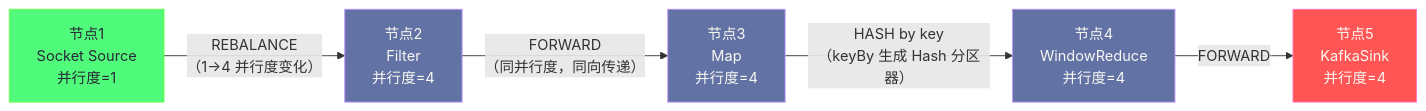
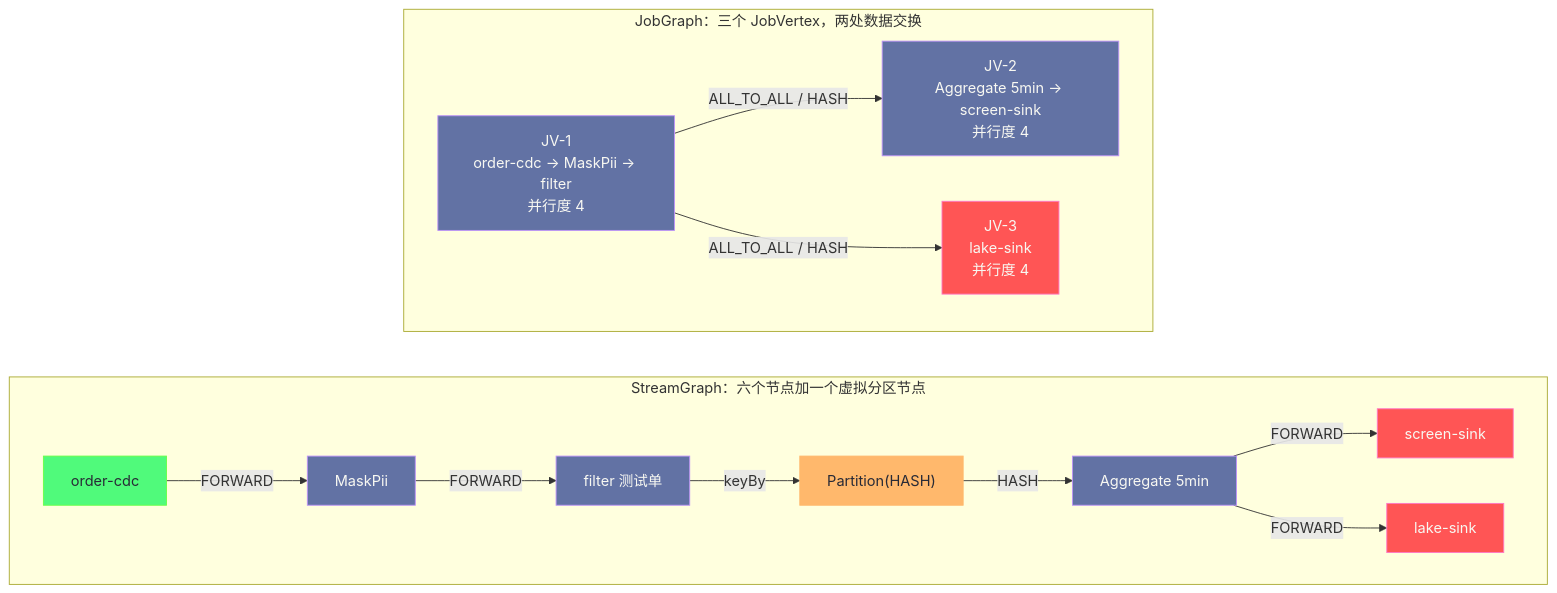
Before and after one commit to hpliStartAgain/my-brain: the second of 5 diagrams in content/大数据/Flink/Flink原理深度解析与性能优化/02 从 StreamGraph 到 JobGraph 再到 ExecutionGraph.md, drawn with Mermaid. The commit also changed other lines of this file and 455 other files, not shown here.

````diff
--- a/content/大数据/Flink/Flink原理深度解析与性能优化/02 从 StreamGraph 到 JobGraph 再到 ExecutionGraph.md
+++ b/content/大数据/Flink/Flink原理深度解析与性能优化/02 从 StreamGraph 到 JobGraph 再到 ExecutionGraph.md
@@ -79,18 +191,32 @@
 ```mermaid
 %%{init: {'theme': 'dracula'}}%%
 graph LR
-    classDef source fill:#50fa7b,stroke:#69ff47,color:#282a36
-    classDef transform fill:#6272a4,stroke:#bd93f9,color:#f8f8f2
-    classDef sink fill:#ff5555,stroke:#ff79c6,color:#f8f8f2
+    classDef src fill:#50fa7b,stroke:#69ff47,color:#282a36
+    classDef op fill:#6272a4,stroke:#bd93f9,color:#f8f8f2
+    classDef snk fill:#ff5555,stroke:#ff79c6,color:#f8f8f2
+    classDef edge fill:#ffb86c,stroke:#ffb86c,color:#282a36
 
-    N1["节点1</br>Socket Source</br>并行度=1"]:::source
-    N2["节点2</br>Filter</br>并行度=4"]:::transform
-    N3["节点3</br>Map</br>并行度=4"]:::transform
-    N4["节点4</br>WindowReduce</br>并行度=4"]:::transform
-    N5["节点5</br>KafkaSink</br>并行度=4"]:::sink
+    subgraph SG["StreamGraph：六个节点加一个虚拟分区节点"]
+        direction LR
+        S1["order-cdc"]:::src
+        S2["MaskPii"]:::op
+        S3["filter 测试单"]:::op
+        S4["Partition(HASH)"]:::edge
+        S5["Aggregate 5min"]:::op
+        S6["screen-sink"]:::snk
+        S7["lake-sink"]:::snk
+        S1 -->|FORWARD| S2 -->|FORWARD| S3
+        S3 -->|keyBy| S4 -->|HASH| S5
+        S5 -->|FORWARD| S6
+        S5 -->|FORWARD| S7
+    end
 
-    N1 -->|"REBALANCE</br>（1→4 并行度变化）"| N2
-    N2 -->|"FORWARD</br>（同并行度，同向传递）"| N3
-    N3 -->|"HASH by key</br>（keyBy 生成 Hash 分区器）"| N4
-    N4 -->|"FORWARD"| N5
+    subgraph JG["JobGraph：三个 JobVertex，两处数据交换"]
+        direction LR
+        J1["JV-1<br/>order-cdc → MaskPii → filter<br/>并行度 4"]:::op
+        J2["JV-2<br/>Aggregate 5min → screen-sink<br/>并行度 4"]:::op
+        J3["JV-3<br/>lake-sink<br/>并行度 4"]:::snk
+        J1 -->|"ALL_TO_ALL / HASH"| J2
+        J1 -->|"ALL_TO_ALL / HASH"| J3
+    end
 ```
````
